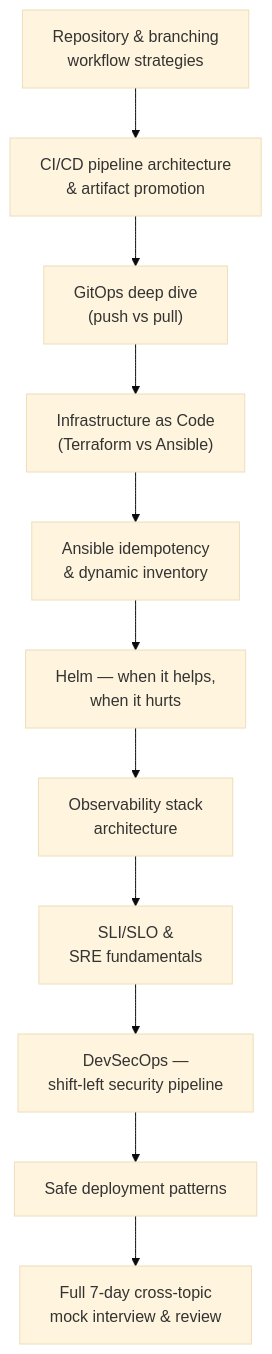
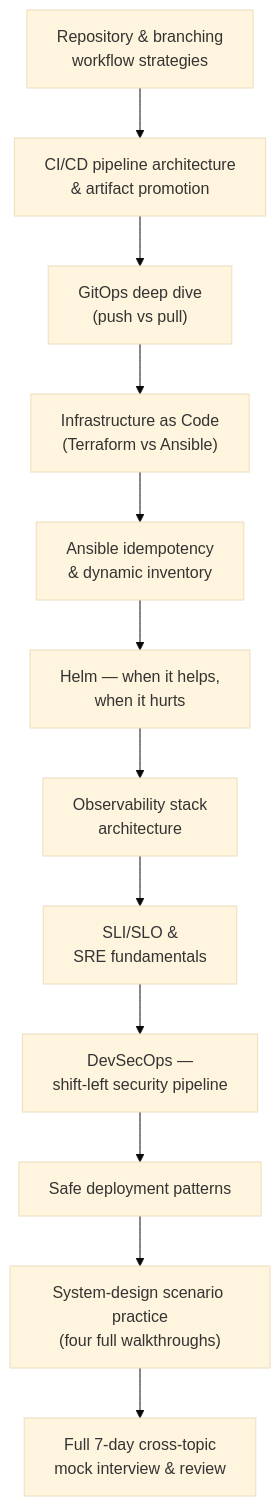
One commit to audomsak/aws-sa-interview-prep changed the diagram in docs/day7/index.md. Above: the diagram before and after it, drawn with Mermaid (base theme). The commit also changed other lines of this file and 34 other files, not shown here.

First line of the commit message:
Add AWS coverage gaps, interview craft, scenario practice, and hook cheat sheets

````diff
--- a/docs/day7/index.md
+++ b/docs/day7/index.md
@@ -9,13 +9,14 @@
 ```mermaid
 graph TD
     REPO["Repository & branching<br/>workflow strategies"] --> CICD["CI/CD pipeline architecture<br/>& artifact promotion"]
     CICD --> GITOPS["GitOps deep dive<br/>(push vs pull)"]
     GITOPS --> IAC["Infrastructure as Code<br/>(Terraform vs Ansible)"]
     IAC --> ANS["Ansible idempotency<br/>& dynamic inventory"]
     ANS --> HELM["Helm — when it helps,<br/>when it hurts"]
     HELM --> OBS["Observability stack<br/>architecture"]
     OBS --> SLO["SLI/SLO &<br/>SRE fundamentals"]
     SLO --> SEC["DevSecOps —<br/>shift-left security pipeline"]
     SEC --> DEPLOY["Safe deployment patterns"]
-    DEPLOY --> REVIEW["Full 7-day cross-topic<br/>mock interview & review"]
+    DEPLOY --> SCEN["System-design scenario practice<br/>(four full walkthroughs)"]
+    SCEN --> REVIEW["Full 7-day cross-topic<br/>mock interview & review"]
 ```
````
